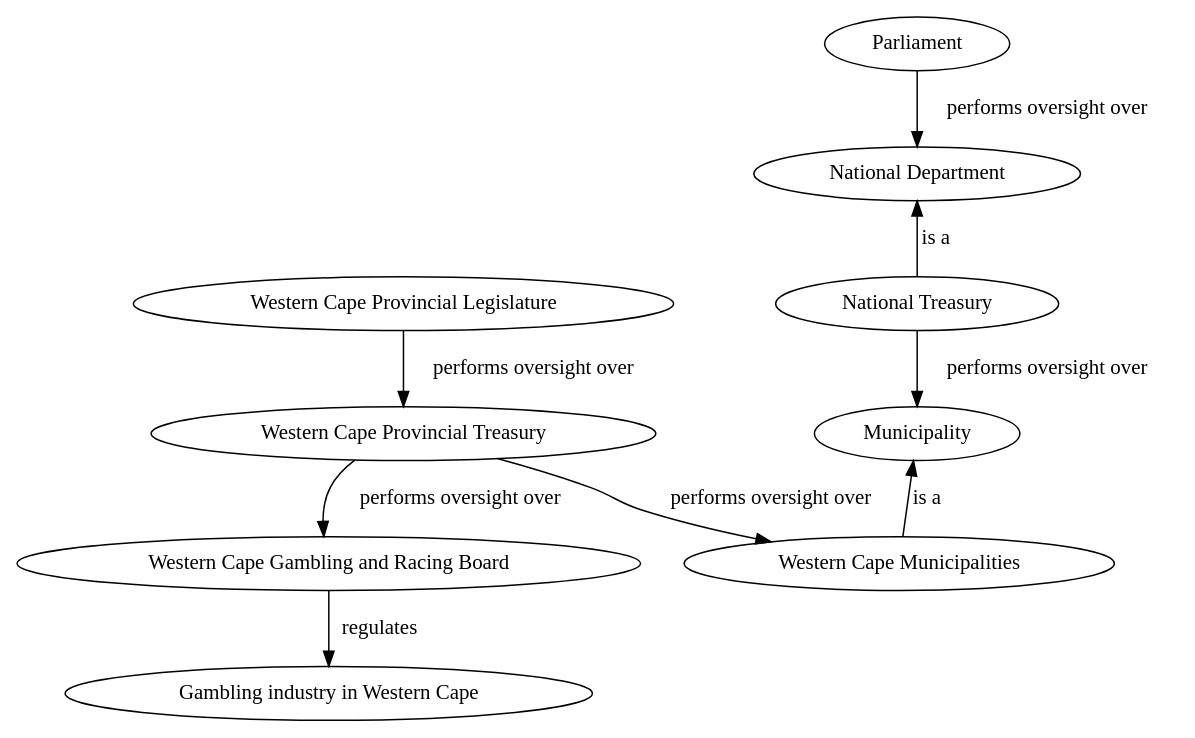
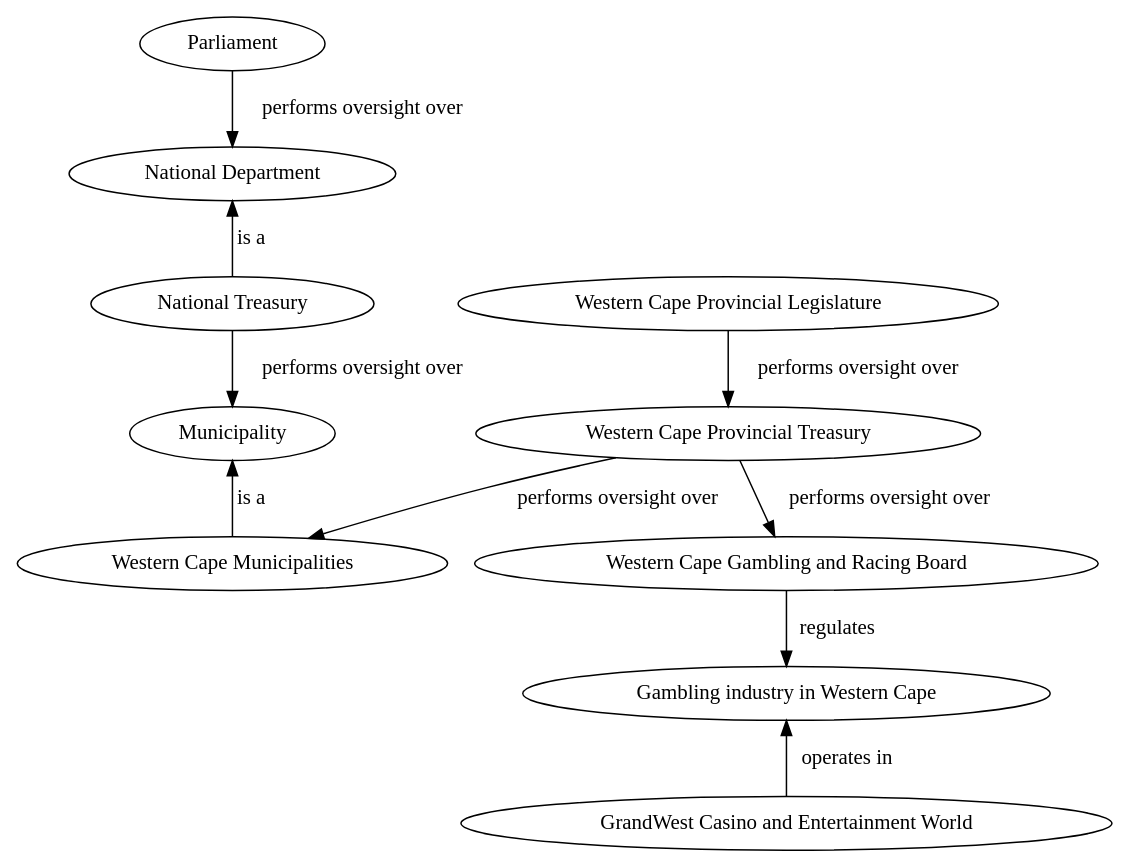
Before and after one commit to jbothma/whos-watching-whom: the diagram in graph.dot, drawn with Graphviz. The commit also changed 1 other file, not shown here.

Commit message:
Add operates-in relation

```diff
--- a/graph.dot
+++ b/graph.dot
@@ -1,10 +1,11 @@
 digraph G {
-  "National Department" -> "National Treasury"  [ label="is a" dir=back ];
+  "Gambling industry in Western Cape" -> "GrandWest Casino and Entertainment World" [ label="operates in" dir=back ];
+  "National Department" -> "National Treasury" [ label="is a" dir=back ];
   "National Treasury" -> Municipality [ label="performs oversight over" ];
-  "Parliament" -> "National Department"  [ label="performs oversight over" ];
+  "Parliament" -> "National Department" [ label="performs oversight over" ];
   "Western Cape Gambling and Racing Board" -> "Gambling industry in Western Cape" [ label="regulates" ];
   "Western Cape Provincial Legislature" -> "Western Cape Provincial Treasury" [ label="performs oversight over" ];
   "Western Cape Provincial Treasury" -> "Western Cape Gambling and Racing Board" [ label="performs oversight over" ];
   "Western Cape Provincial Treasury" -> "Western Cape Municipalities" [ label="performs oversight over" ];
   Municipality -> "Western Cape Municipalities" [ label="is a" dir=back ];
 }
```
